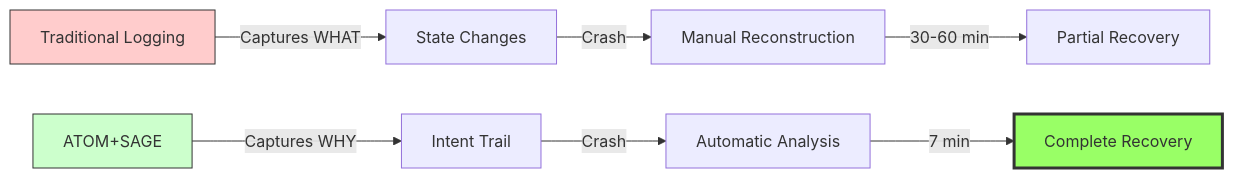
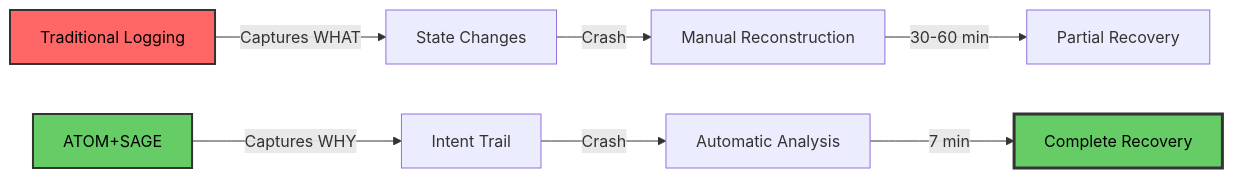
One commit to toolate28/kenl changed the first of 3 diagrams in atom-sage-framework/docs/USER_MANUAL.md. Above: the diagram before and after it, drawn with Mermaid. The commit also changed other lines of this file and 4 other files, not shown here.

First line of the commit message:
docs: add comprehensive ATOM log examples and fix diagram accessibility

````diff
--- a/atom-sage-framework/docs/USER_MANUAL.md
+++ b/atom-sage-framework/docs/USER_MANUAL.md
@@ -56,14 +56,14 @@
 ```mermaid
 graph LR
     A[Traditional Logging] -->|Captures WHAT| B[State Changes]
     B -->|Crash| C[Manual Reconstruction]
     C -->|30-60 min| D[Partial Recovery]
 
     E[ATOM+SAGE] -->|Captures WHY| F[Intent Trail]
     F -->|Crash| G[Automatic Analysis]
     G -->|7 min| H[Complete Recovery]
 
-    style A fill:#fcc,stroke:#333
-    style E fill:#cfc,stroke:#333
-    style H fill:#9f6,stroke:#333,stroke-width:3px
+    style A fill:#ff6666,stroke:#333,stroke-width:2px,color:#000
+    style E fill:#66cc66,stroke:#333,stroke-width:2px,color:#000
+    style H fill:#66cc66,stroke:#333,stroke-width:3px,color:#000
 ```
````
